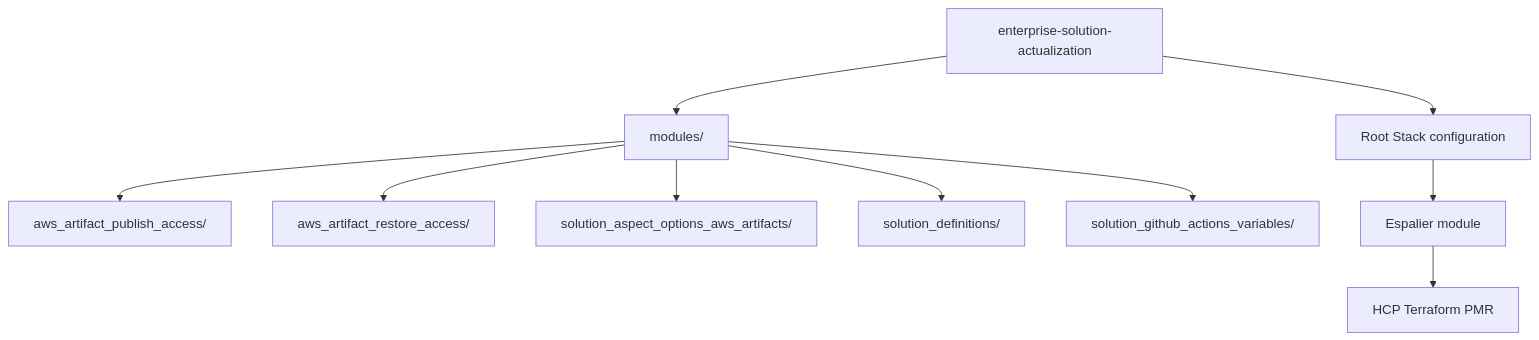
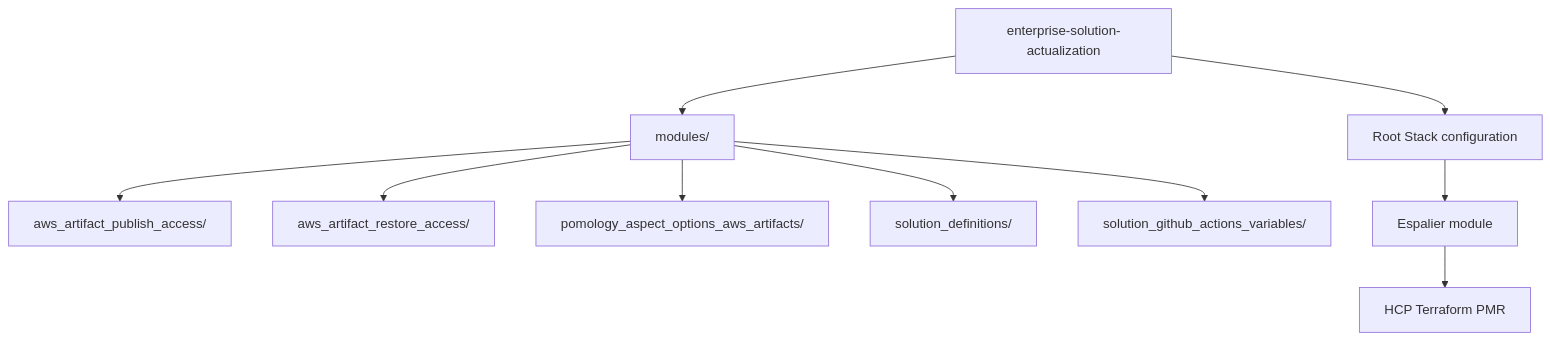
The second of 2 diagrams in README.md (amiasea/enterprise-pomology-actualization), drawn with Mermaid before and after one commit. The commit also changed other lines of this file and 21 other files, not shown here.

````diff
--- a/README.md
+++ b/README.md
@@ -154,13 +154,13 @@
 ```mermaid
 flowchart TD
     A["enterprise-solution-actualization"]
     A --> B["modules/"]
     B --> C["aws_artifact_publish_access/"]
     B --> D["aws_artifact_restore_access/"]
-    B --> E["solution_aspect_options_aws_artifacts/"]
+    B --> E["pomology_aspect_options_aws_artifacts/"]
     B --> F["solution_definitions/"]
     B --> G["solution_github_actions_variables/"]
     A --> H["Root Stack configuration"]
     H --> I["Espalier module"]
     I --> J["HCP Terraform PMR"]
 ```
````
